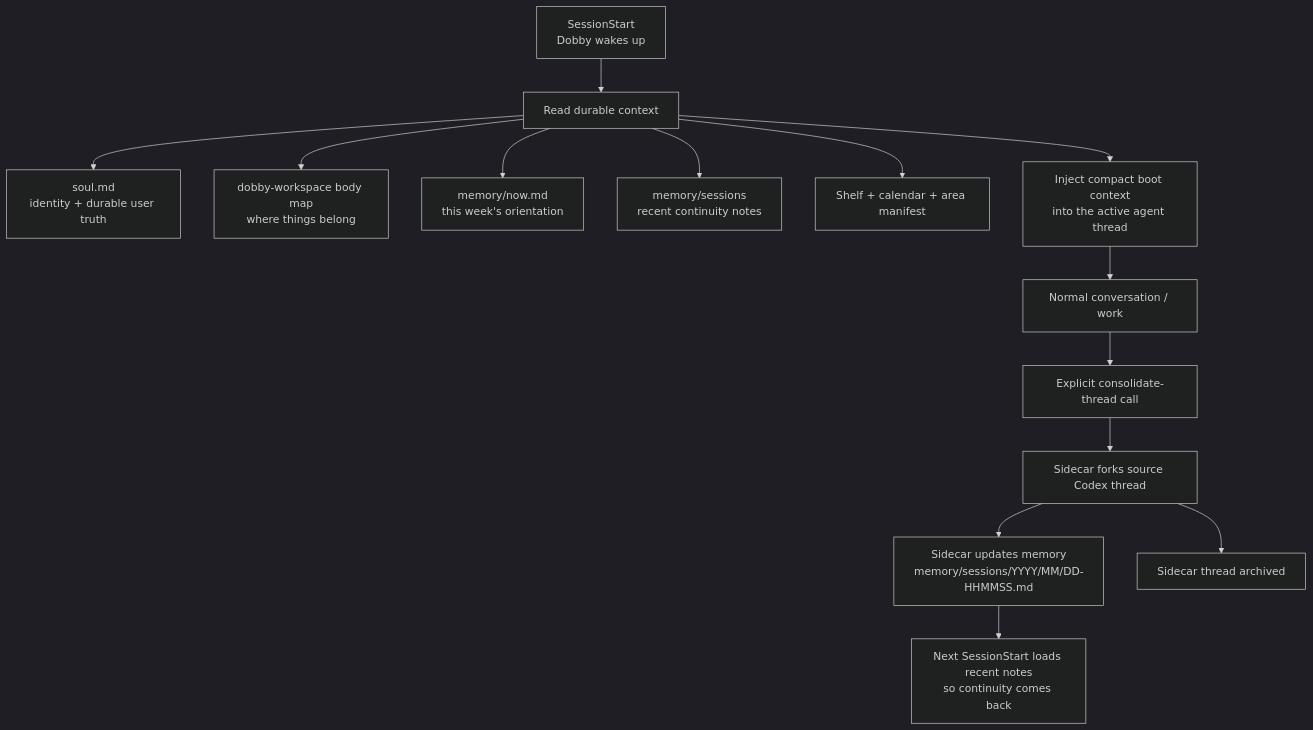
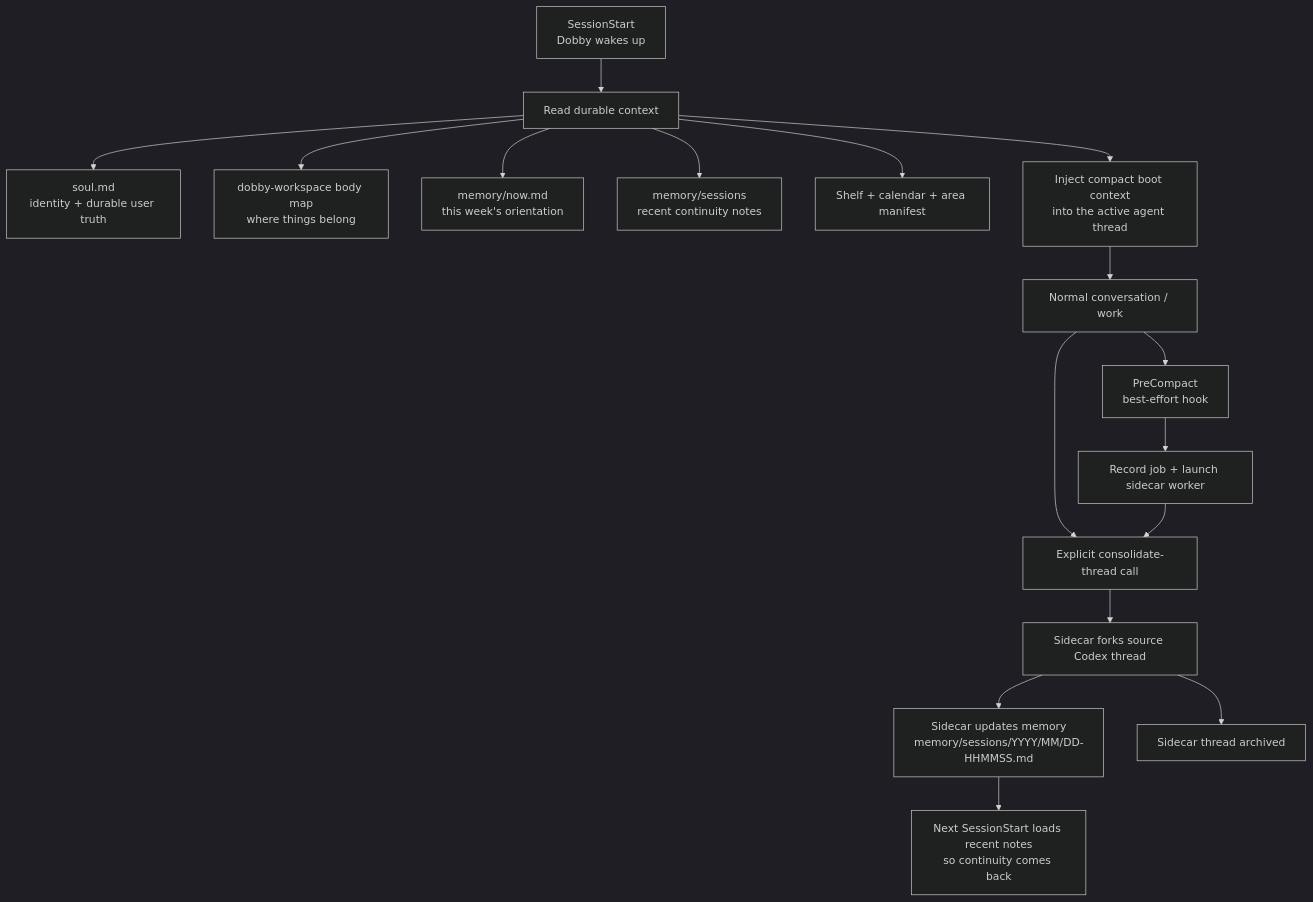
One commit to wisdom-in-a-nutshell/.agents changed the diagram in skills-source/owned/dobby-lifecycle/references/lifecycle-hooks.md. Above: the diagram before and after it, drawn with Mermaid (dark theme). The commit also changed other lines of this file and 2 other files, not shown here.

````diff
--- a/skills-source/owned/dobby-lifecycle/references/lifecycle-hooks.md
+++ b/skills-source/owned/dobby-lifecycle/references/lifecycle-hooks.md
@@ -8,19 +8,23 @@
 ```mermaid
 flowchart TD
     A["SessionStart<br/>Dobby wakes up"] --> B["Read durable context"]
     B --> B1["soul.md<br/>identity + durable user truth"]
     B --> B2["dobby-workspace body map<br/>where things belong"]
     B --> B3["memory/now.md<br/>this week's orientation"]
     B --> B4["memory/sessions<br/>recent continuity notes"]
     B --> B5["Shelf + calendar + area manifest"]
     B --> C["Inject compact boot context<br/>into the active agent thread"]
 
     C --> D["Normal conversation / work"]
 
+    D --> P["PreCompact<br/>best-effort hook"]
+    P --> Q["Record job + launch sidecar worker"]
+
     D --> F["Explicit consolidate-thread call"]
+    Q --> F
     F --> G["Sidecar forks source Codex thread"]
     G --> H["Sidecar updates memory<br/>memory/sessions/YYYY/MM/DD-HHMMSS.md"]
     G --> I["Sidecar thread archived"]
 
     H --> K["Next SessionStart loads recent notes<br/>so continuity comes back"]
 ```
````
